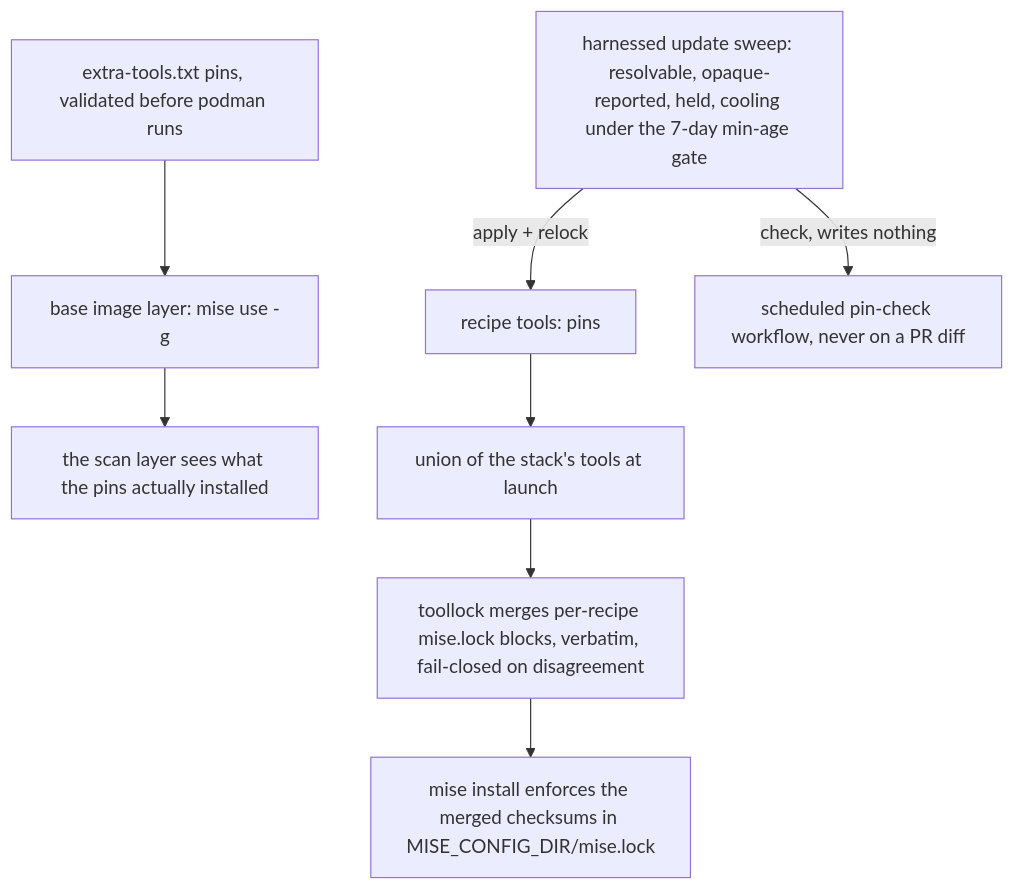
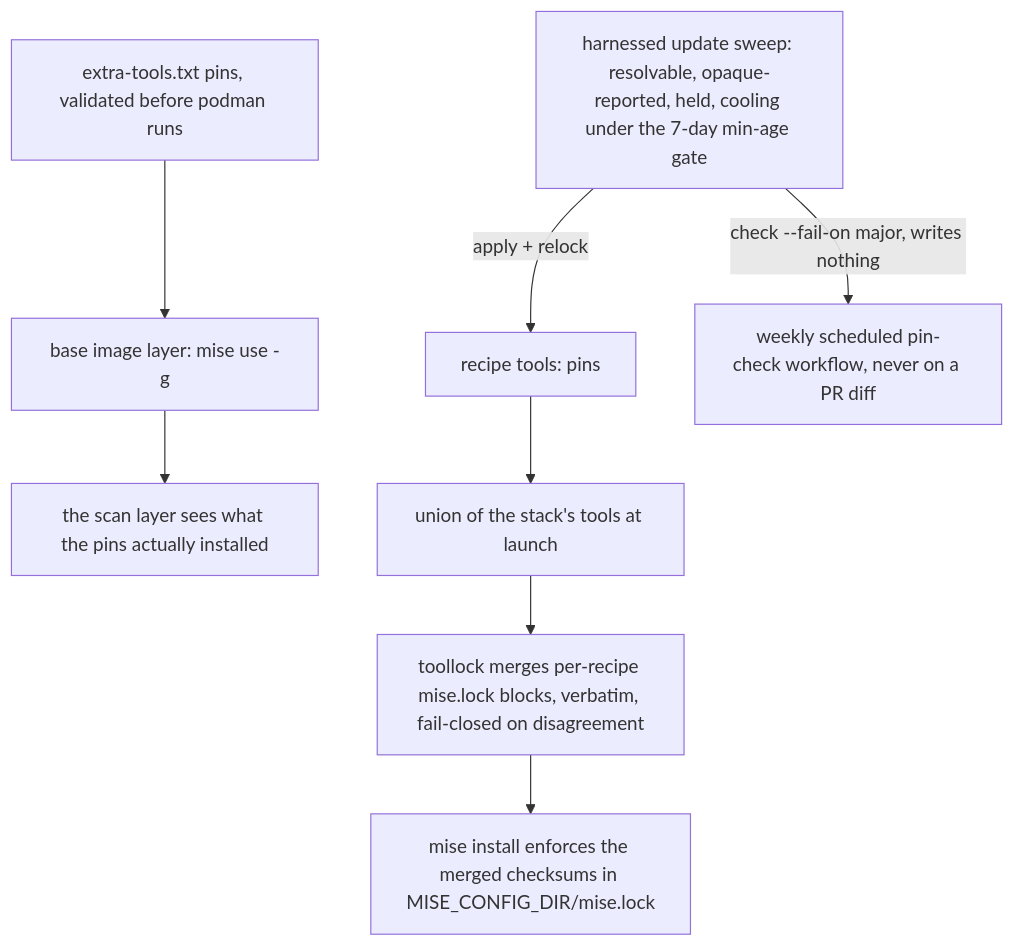
The first of 3 diagrams in openwiki/operations/supply-chain.md (drmikecrowe/harnessed), drawn with Mermaid before and after one commit. The commit also changed other lines of this file and 14 other files, not shown here.

````diff
--- a/openwiki/operations/supply-chain.md
+++ b/openwiki/operations/supply-chain.md
@@ -284,10 +327,10 @@
 ```mermaid
 flowchart TD
     R["recipe tools: pins"] --> U["union of the stack's tools at launch"]
     E["extra-tools.txt pins, validated before podman runs"] --> B["base image layer: mise use -g"]
     U --> L["toollock merges per-recipe mise.lock blocks, verbatim, fail-closed on disagreement"]
     L --> MI["mise install enforces the merged checksums in MISE_CONFIG_DIR/mise.lock"]
     B --> SCAN["the scan layer sees what the pins actually installed"]
     SW["harnessed update sweep: resolvable, opaque-reported, held, cooling under the 7-day min-age gate"] -->|"apply + relock"| R
-    SW -->|"check, writes nothing"| CI["scheduled pin-check workflow, never on a PR diff"]
+    SW -->|"check --fail-on major, writes nothing"| CI["weekly scheduled pin-check workflow, never on a PR diff"]
 ```
````
